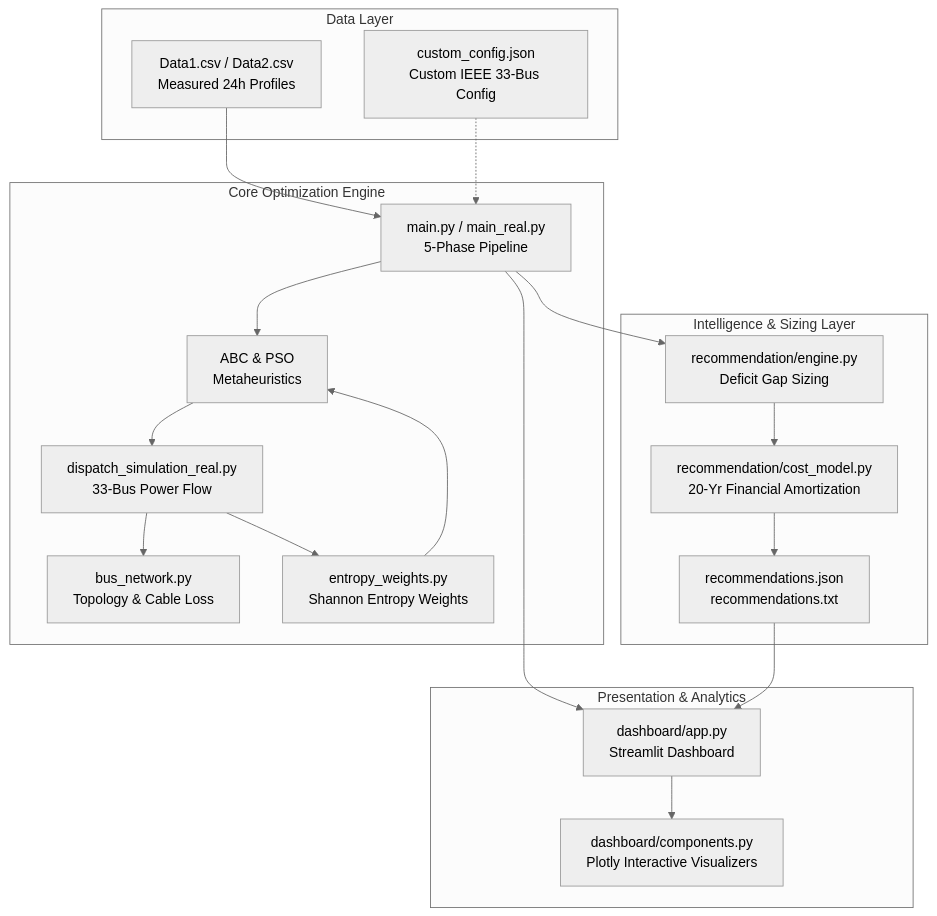
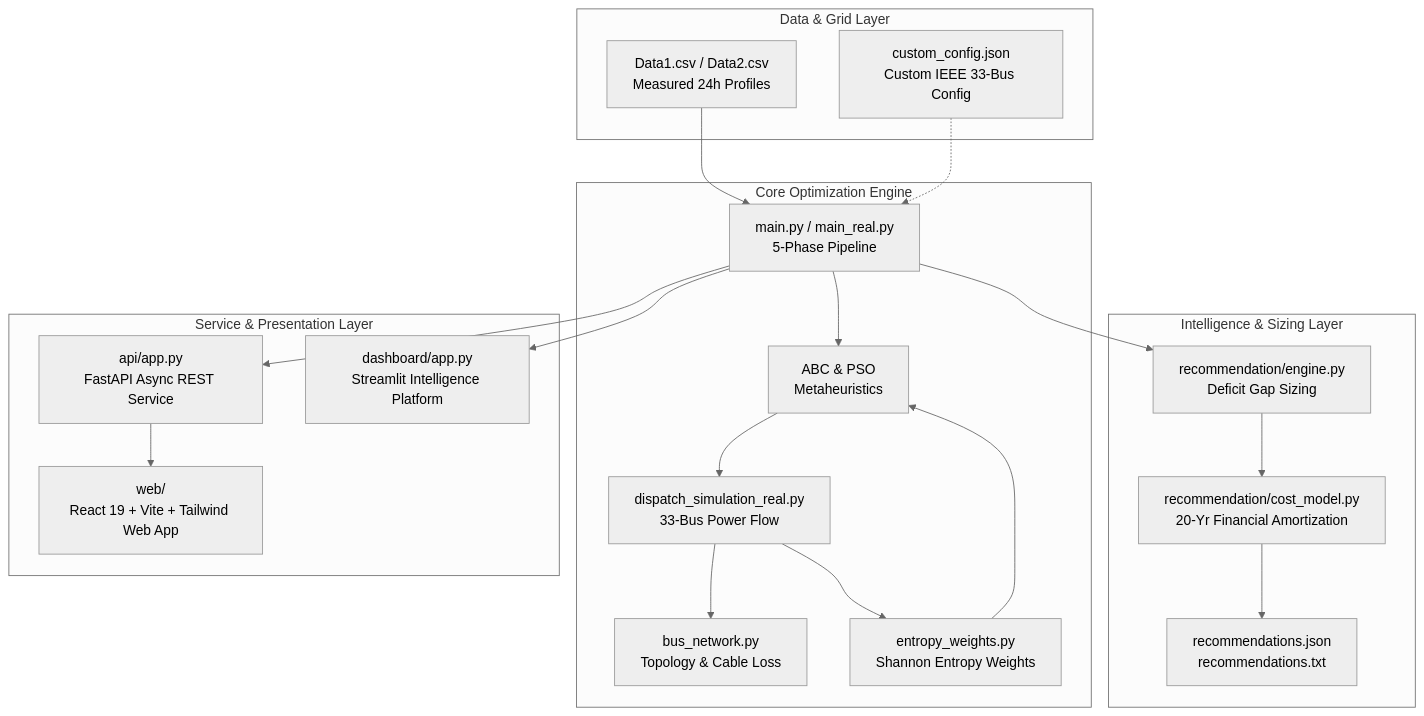
Before and after one commit to dev-hari-haran/ECOGRIDAI: the diagram in README.md, drawn with Mermaid (neutral theme). The commit also changed other lines of this file and 44 other files, not shown here.

````diff
--- a/README.md
+++ b/README.md
@@ -42,40 +43,41 @@
 ```mermaid
 graph TD
-    subgraph Data Layer
+    subgraph Data & Grid Layer
         D1[Data1.csv / Data2.csv<br/>Measured 24h Profiles]
         CI[custom_config.json<br/>Custom IEEE 33-Bus Config]
     end
 
     subgraph Core Optimization Engine
         M[main.py / main_real.py<br/>5-Phase Pipeline]
         OPT[ABC & PSO<br/>Metaheuristics]
         DISP[dispatch_simulation_real.py<br/>33-Bus Power Flow]
         NET[bus_network.py<br/>Topology & Cable Loss]
         EW[entropy_weights.py<br/>Shannon Entropy Weights]
     end
 
     subgraph Intelligence & Sizing Layer
         RE[recommendation/engine.py<br/>Deficit Gap Sizing]
         CM[recommendation/cost_model.py<br/>20-Yr Financial Amortization]
         REC[recommendations.json<br/>recommendations.txt]
     end
 
-    subgraph Presentation & Analytics
-        ST[dashboard/app.py<br/>Streamlit Dashboard]
-        PLT[dashboard/components.py<br/>Plotly Interactive Visualizers]
+    subgraph Service & Presentation Layer
+        API[api/app.py<br/>FastAPI Async REST Service]
+        WEB[web/<br/>React 19 + Vite + Tailwind Web App]
+        ST[dashboard/app.py<br/>Streamlit Intelligence Platform]
     end
 
     D1 --> M
     CI -.-> M
     M --> OPT
     OPT --> DISP
     DISP --> NET
     DISP --> EW
     EW --> OPT
     M --> RE
     RE --> CM
     CM --> REC
+    M --> API
+    API --> WEB
     M --> ST
-    REC --> ST
-    ST --> PLT
 ```
````
